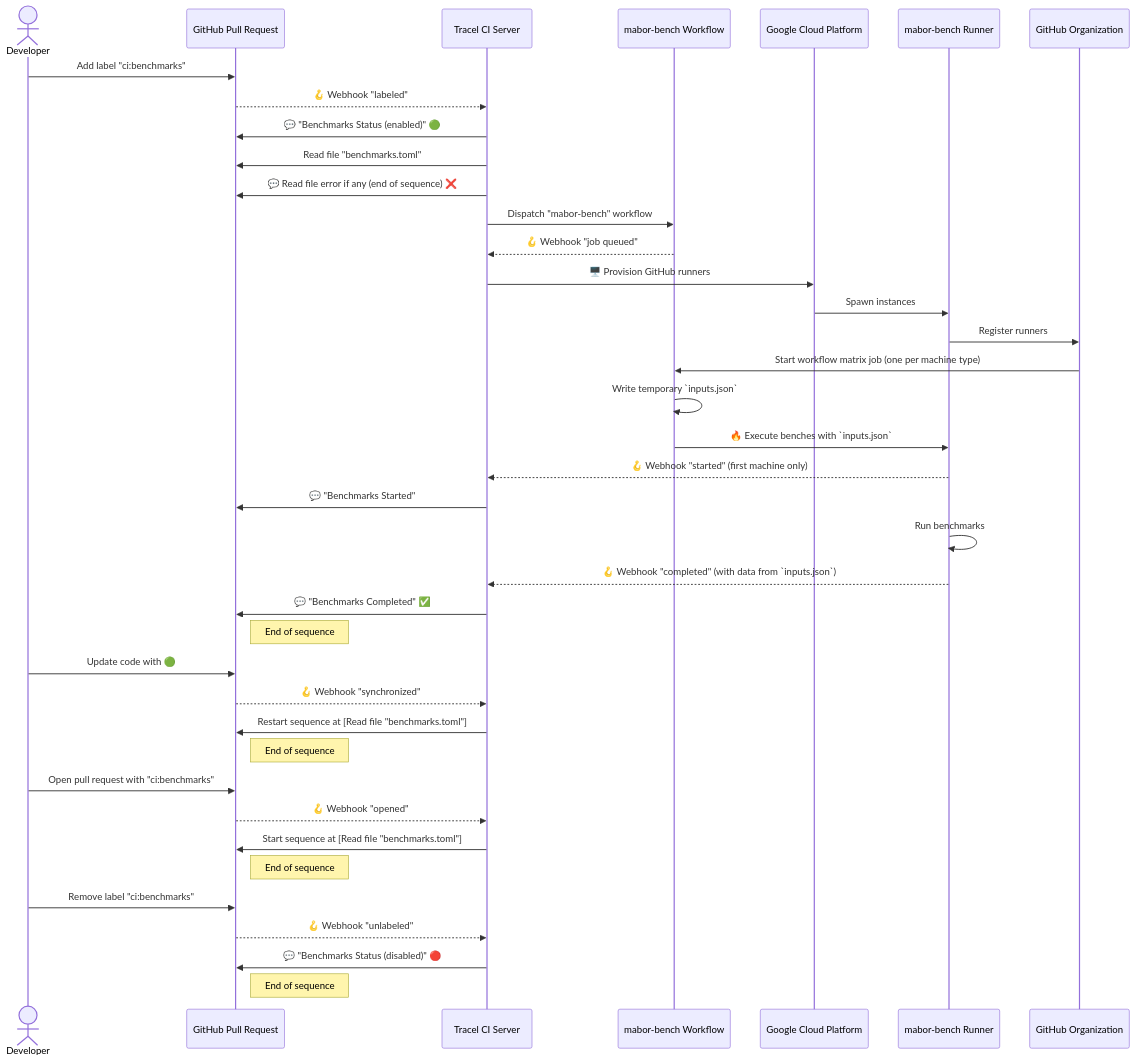
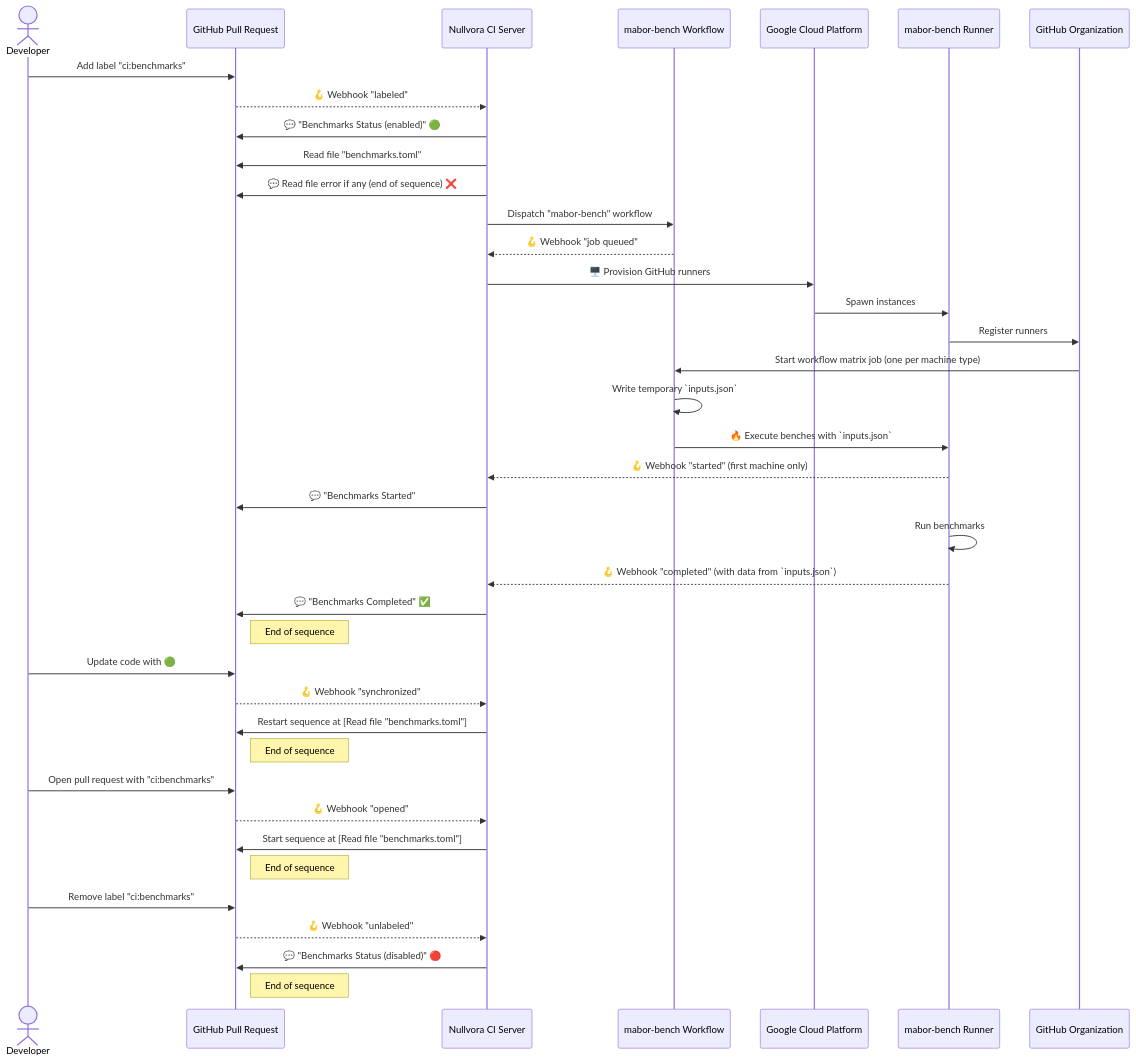
One commit to Nullvora/mabor-bench changed the diagram in README.md. Above: the diagram before and after it, drawn with Mermaid. The commit also changed other lines of this file, not shown here.

````diff
--- a/README.md
+++ b/README.md
@@ -106,45 +106,45 @@
 ```mermaid
 sequenceDiagram
     actor Developer
     participant PR as GitHub Pull Request
-    participant CI as Tracel CI Server
+    participant CI as Nullvora CI Server
     participant W as mabor-bench Workflow
     participant GCP as Google Cloud Platform
     participant BB as mabor-bench Runner
     participant ORG as GitHub Organization
 
     Developer->>PR: Add label "ci:benchmarks"
     PR-->>CI: 🪝 Webhook "labeled"
     CI->>PR: 💬 "Benchmarks Status (enabled)" 🟢
     CI->>PR: Read file "benchmarks.toml"
     CI->>PR: 💬 Read file error if any (end of sequence) ❌
     CI->>W: Dispatch "mabor-bench" workflow
     W-->>CI: 🪝 Webhook "job queued"
     CI->>GCP: 🖥️ Provision GitHub runners
     GCP->>BB: Spawn instances
     BB->>ORG: Register runners
     ORG->>W: Start workflow matrix job (one per machine type)
     W->>W: Write temporary `inputs.json`
     W->>BB: 🔥 Execute benches with `inputs.json`
     BB-->>CI: 🪝 Webhook "started" (first machine only)
     CI->>PR: 💬 "Benchmarks Started"
     BB->>BB: Run benchmarks
     BB-->>CI: 🪝 Webhook "completed" (with data from `inputs.json`)
     CI->>PR: 💬 "Benchmarks Completed" ✅
     Note right of PR: End of sequence
 
     Developer->>PR: Update code with 🟢
     PR-->>CI: 🪝 Webhook "synchronized"
     CI->>PR: Restart sequence at [Read file "benchmarks.toml"]
     Note right of PR: End of sequence
 
     Developer->>PR: Open pull request with "ci:benchmarks"
     PR-->>CI: 🪝 Webhook "opened"
     CI->>PR: Start sequence at [Read file "benchmarks.toml"]
     Note right of PR: End of sequence
 
     Developer->>PR: Remove label "ci:benchmarks"
     PR-->>CI: 🪝 Webhook "unlabeled"
     CI->>PR: 💬 "Benchmarks Status (disabled)" 🔴
     Note right of PR: End of sequence
 ```
````
